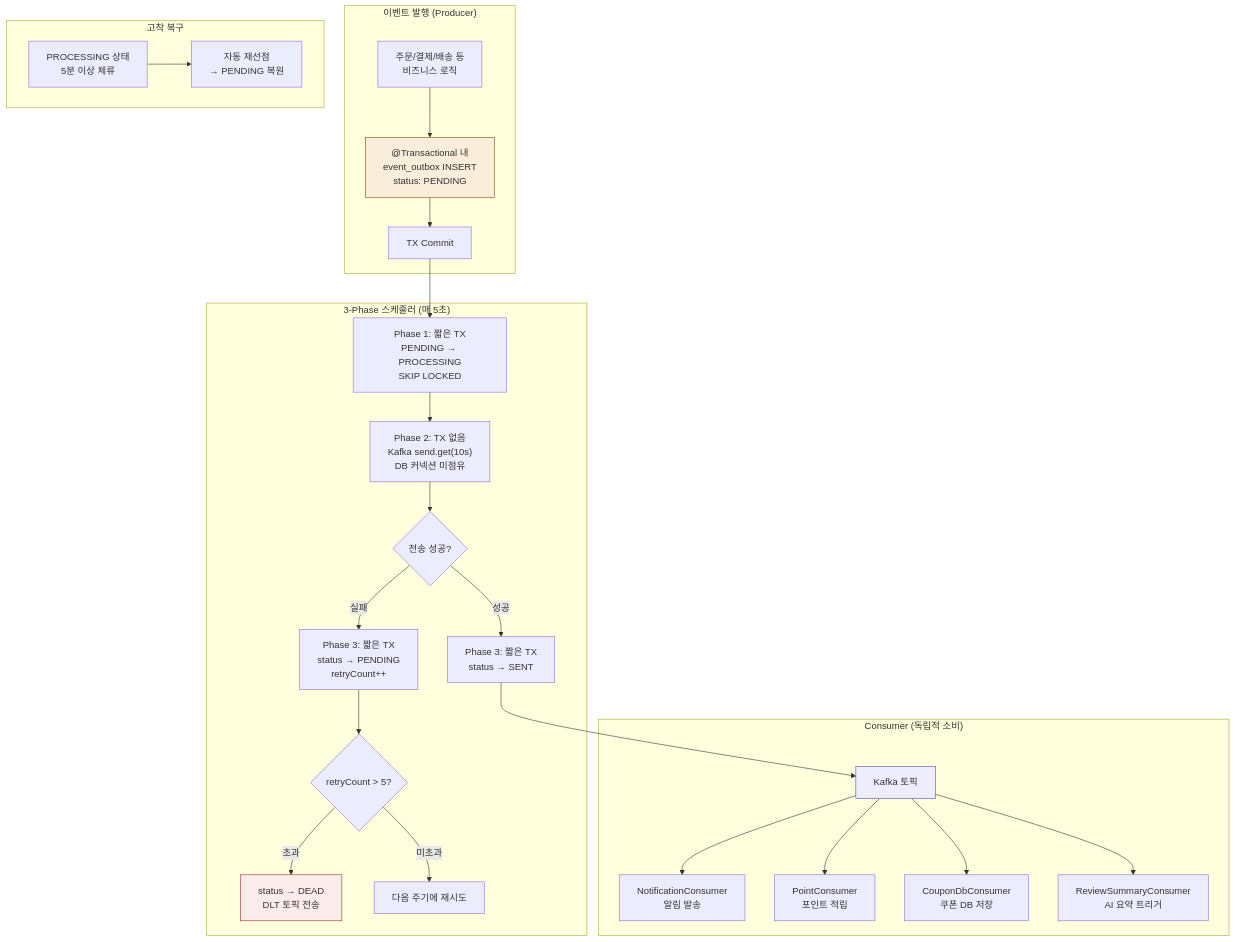
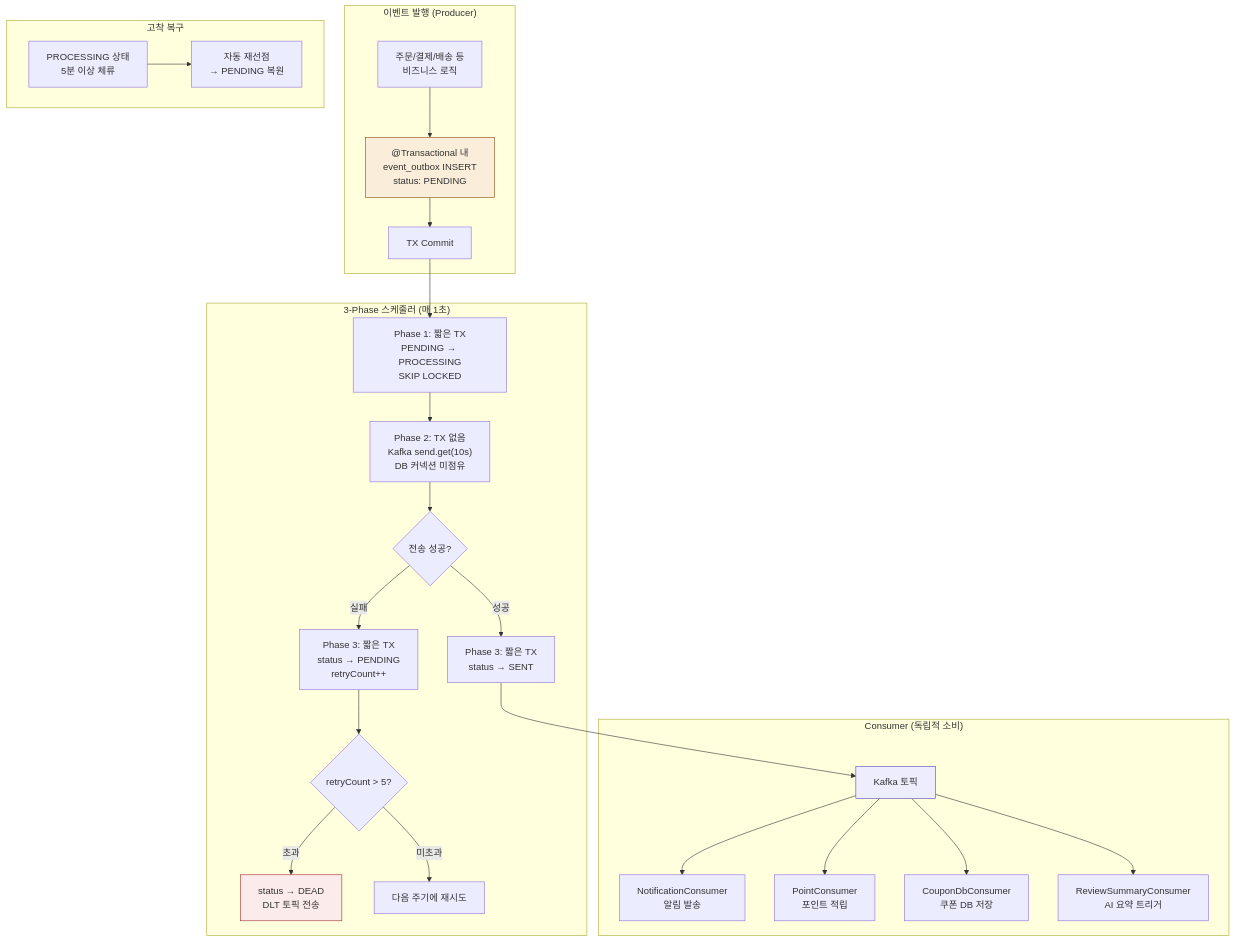
Diagram 17 of 21 in documents/business-flow/BusinessFlow.md (one-stop-project/one-stop-project-docs), drawn with Mermaid before and after one commit. The commit also changed other lines of this file and 6 other files, not shown here.

Commit message:
공통 문서(엔티티 관계도·에러코드·플로우·시퀀스) 코드 정합화 및 에러코드 레퍼런스 신설

````diff
--- a/documents/business-flow/BusinessFlow.md
+++ b/documents/business-flow/BusinessFlow.md
@@ -727,37 +727,37 @@
 ```Mermaid
 
 flowchart TD
     subgraph "이벤트 발행 (Producer)"
         A["주문/결제/배송 등<br/>비즈니스 로직"] --> B["@Transactional 내<br/>event_outbox INSERT<br/>status: PENDING"]
         B --> C["TX Commit"]
     end
 
-    subgraph "3-Phase 스케줄러 (매 5초)"
+    subgraph "3-Phase 스케줄러 (매 1초)"
         D["Phase 1: 짧은 TX<br/>PENDING → PROCESSING<br/>SKIP LOCKED"] --> E["Phase 2: TX 없음<br/>Kafka send.get(10s)<br/>DB 커넥션 미점유"]
         E --> F{"전송 성공?"}
         F -->|성공| G["Phase 3: 짧은 TX<br/>status → SENT"]
         F -->|실패| H["Phase 3: 짧은 TX<br/>status → PENDING<br/>retryCount++"]
         H --> I{"retryCount > 5?"}
         I -->|초과| J["status → DEAD<br/>DLT 토픽 전송"]
         I -->|미초과| K["다음 주기에 재시도"]
     end
 
     subgraph "고착 복구"
         L["PROCESSING 상태<br/>5분 이상 체류"] --> M["자동 재선점<br/>→ PENDING 복원"]
     end
 
     subgraph "Consumer (독립적 소비)"
         N["Kafka 토픽"] --> O["NotificationConsumer<br/>알림 발송"]
         N --> P["PointConsumer<br/>포인트 적립"]
         N --> Q["CouponDbConsumer<br/>쿠폰 DB 저장"]
         N --> R["ReviewSummaryConsumer<br/>AI 요약 트리거"]
     end
 
     C --> D
     G --> N
 
     style B fill:#FAEEDA,stroke:#854F0B
     style J fill:#FCEBEB,stroke:#A32D2D
     style N fill:#EEEDFE,stroke:#534AB7
 
 ```
````
